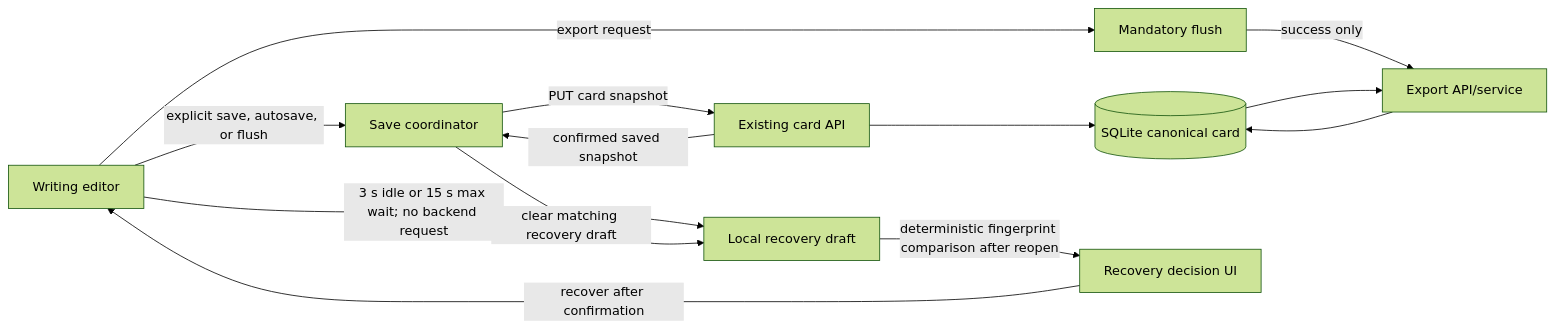
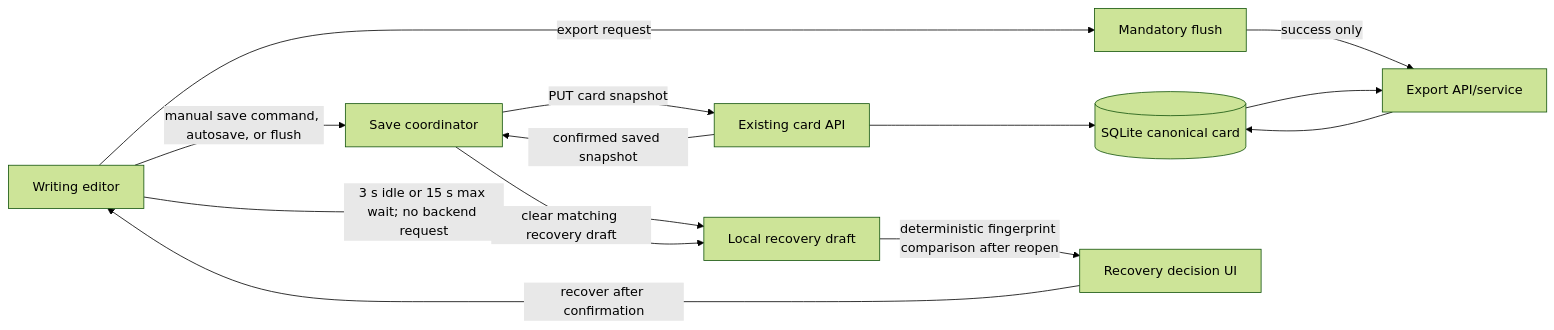
The diagram in docs/superpowers/specs/2026-07-28-writer-ready-01-design.md (tpoh93/Writers-Room-app), drawn with Mermaid (forest theme) before and after one commit. The commit also changed other lines of this file, not shown here.

````diff
--- a/docs/superpowers/specs/2026-07-28-writer-ready-01-design.md
+++ b/docs/superpowers/specs/2026-07-28-writer-ready-01-design.md
@@ -161,15 +176,15 @@
 ```mermaid
 flowchart LR
   E[Writing editor] -->|3 s idle or 15 s max wait; no backend request| L[Local recovery draft]
-  E -->|explicit save, autosave, or flush| S[Save coordinator]
+  E -->|manual save command, autosave, or flush| S[Save coordinator]
   S -->|PUT card snapshot| A[Existing card API]
   A --> Q[(SQLite canonical card)]
   A -->|confirmed saved snapshot| S
   S -->|clear matching recovery draft| L
   E -->|export request| F[Mandatory flush]
   F -->|success only| X[Export API/service]
   X --> Q
   Q --> X
   L -->|deterministic fingerprint comparison after reopen| R[Recovery decision UI]
   R -->|recover after confirmation| E
 ```
````
